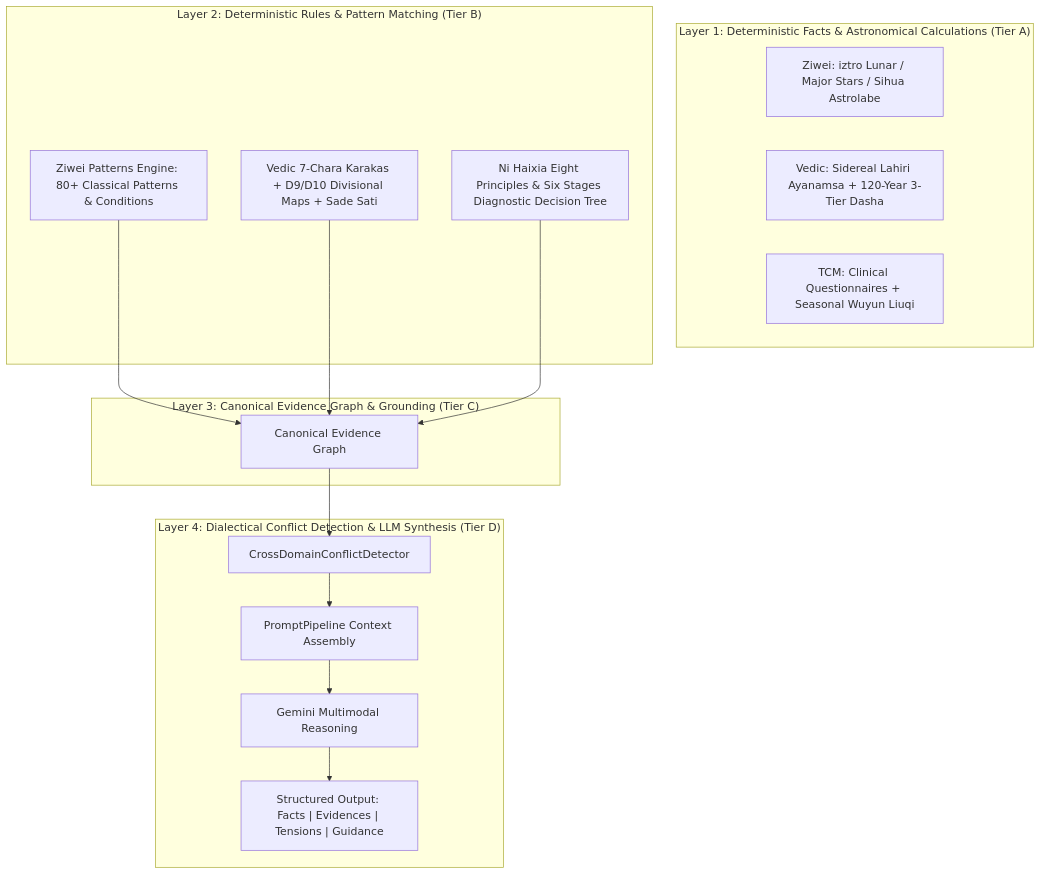
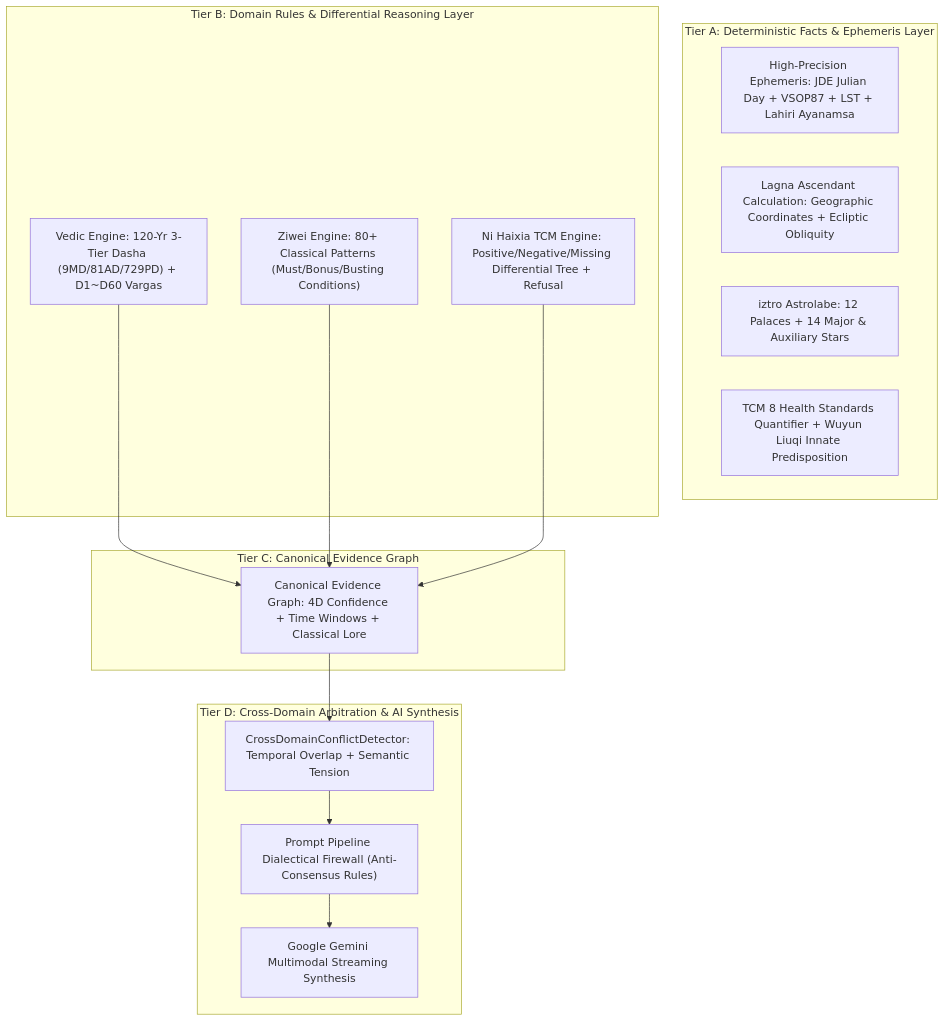
One commit to MeiSiristhebest/mystic changed the diagram in README_EN.md. Above: the diagram before and after it, drawn with Mermaid. The commit also changed other lines of this file and 15 other files, not shown here.

Commit message:
feat(engine): integrate high-precision astronomical ephemeris, differential TCM diagnostic tree, and multi-factor evidence confidence

````diff
--- a/README_EN.md
+++ b/README_EN.md
@@ -59,29 +58,29 @@
 ```mermaid
 graph TD
-    subgraph Layer1["Layer 1: Deterministic Facts & Astronomical Calculations (Tier A)"]
-        Z_Calc["Ziwei: iztro Lunar / Major Stars / Sihua Astrolabe"]
-        V_Calc["Vedic: Sidereal Lahiri Ayanamsa + 120-Year 3-Tier Dasha"]
-        N_Fact["TCM: Clinical Questionnaires + Seasonal Wuyun Liuqi"]
+    subgraph Layer1 [Tier A: Deterministic Facts & Ephemeris Layer]
+        Ephem["High-Precision Ephemeris: JDE Julian Day + VSOP87 + LST + Lahiri Ayanamsa"]
+        Asc["Lagna Ascendant Calculation: Geographic Coordinates + Ecliptic Obliquity"]
+        Iztro["iztro Astrolabe: 12 Palaces + 14 Major & Auxiliary Stars"]
+        TcmStd["TCM 8 Health Standards Quantifier + Wuyun Liuqi Innate Predisposition"]
     end
 
-    subgraph Layer2["Layer 2: Deterministic Rules & Pattern Matching (Tier B)"]
-        Z_Rule["Ziwei Patterns Engine: 80+ Classical Patterns & Conditions"]
-        V_Rule["Vedic 7-Chara Karakas + D9/D10 Divisional Maps + Sade Sati"]
-        N_Rule["Ni Haixia Eight Principles & Six Stages Diagnostic Decision Tree"]
+    subgraph Layer2 [Tier B: Domain Rules & Differential Reasoning Layer]
+        V_Engine["Vedic Engine: 120-Yr 3-Tier Dasha (9MD/81AD/729PD) + D1~D60 Vargas"]
+        Z_Engine["Ziwei Engine: 80+ Classical Patterns (Must/Bonus/Busting Conditions)"]
+        T_Engine["Ni Haixia TCM Engine: Positive/Negative/Missing Differential Tree + Refusal"]
     end
 
-    subgraph Layer3["Layer 3: Canonical Evidence Graph & Grounding (Tier C)"]
-        EG["Canonical Evidence Graph"]
-        Z_Rule --> EG
-        V_Rule --> EG
-        N_Rule --> EG
+    subgraph Layer3 [Tier C: Canonical Evidence Graph]
+        CEG["Canonical Evidence Graph: 4D Confidence + Time Windows + Classical Lore"]
+        V_Engine --> CEG
+        Z_Engine --> CEG
+        T_Engine --> CEG
     end
 
-    subgraph Layer4["Layer 4: Dialectical Conflict Detection & LLM Synthesis (Tier D)"]
-        CD["CrossDomainConflictDetector"]
-        EG --> CD
-        CD --> Pipeline["PromptPipeline Context Assembly"]
-        Pipeline --> LLM["Gemini Multimodal Reasoning"]
-        LLM --> UI["Structured Output: Facts | Evidences | Tensions | Guidance"]
+    subgraph Layer4 [Tier D: Cross-Domain Arbitration & AI Synthesis]
+        Arbitrator["CrossDomainConflictDetector: Temporal Overlap + Semantic Tension"]
+        CEG --> Arbitrator
+        Arbitrator --> Firewall["Prompt Pipeline Dialectical Firewall (Anti-Consensus Rules)"]
+        Firewall --> LLM["Google Gemini Multimodal Streaming Synthesis"]
     end
 ```
````
